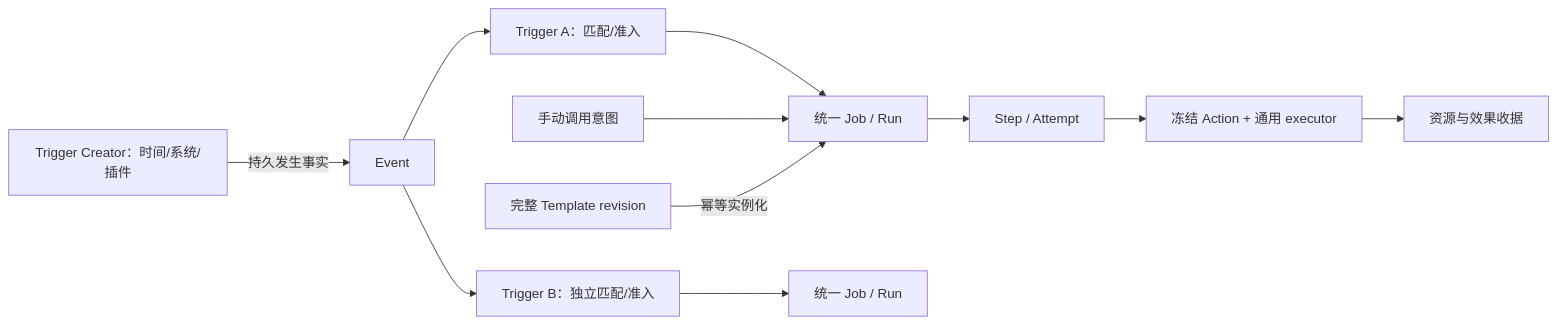
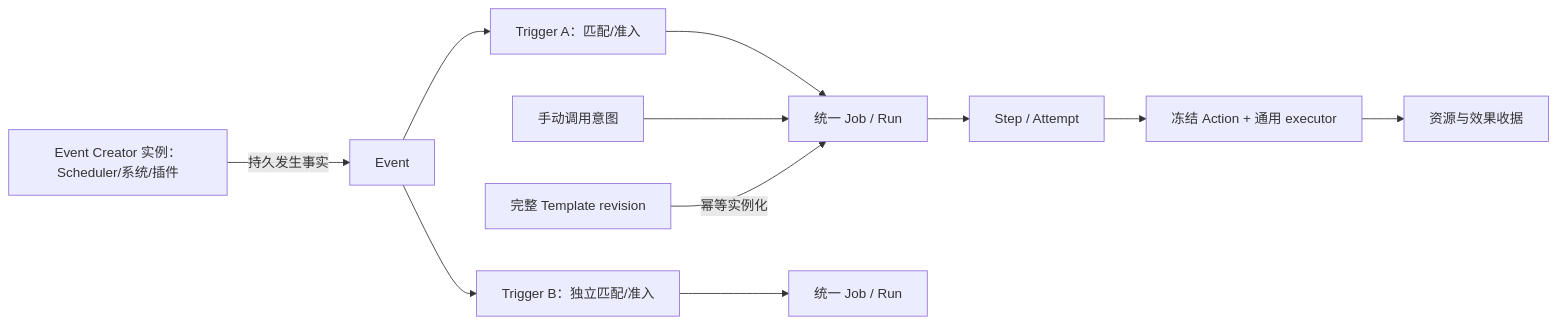
The diagram in docs/design/job-unification/JOB_FINAL_MODEL_20261025.md (AblazeGHR/pan), drawn with Mermaid before and after one commit. The commit also changed other lines of this file, not shown here.

Commit message:
docs(jobs): finalize creator contracts and retirement work packages

````diff
--- a/docs/design/job-unification/JOB_FINAL_MODEL_20261025.md
+++ b/docs/design/job-unification/JOB_FINAL_MODEL_20261025.md
@@ -80,13 +88,13 @@
 ```mermaid
 flowchart LR
-  C[Trigger Creator：时间/系统/插件] -->|持久发生事实| E[Event]
+  C[Event Creator 实例：Scheduler/系统/插件] -->|持久发生事实| E[Event]
   E --> T1[Trigger A：匹配/准入]
   E --> T2[Trigger B：独立匹配/准入]
   T1 --> J1[统一 Job / Run]
   T2 --> J2[统一 Job / Run]
   M[手动调用意图] --> J1
   P[完整 Template revision] -->|幂等实例化| J1
   J1 --> S[Step / Attempt]
   S --> A[冻结 Action + 通用 executor]
   A --> R[资源与效果收据]
 ```
````
